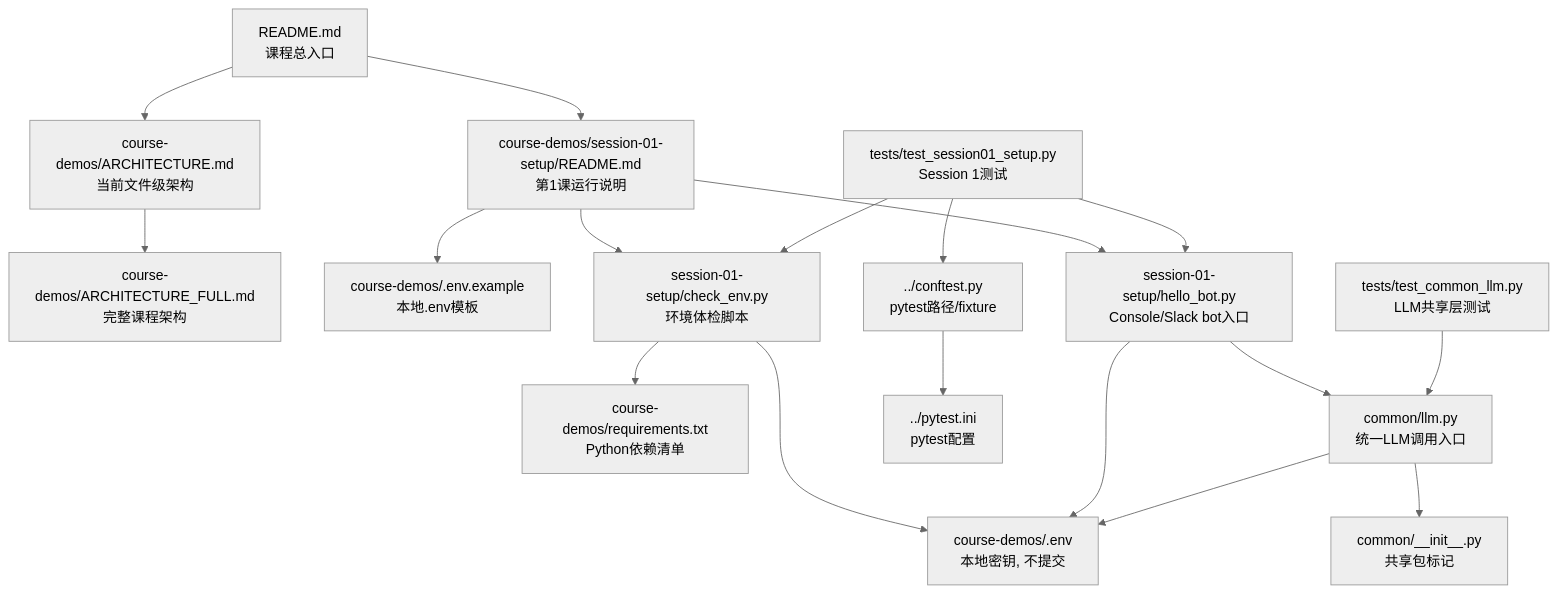
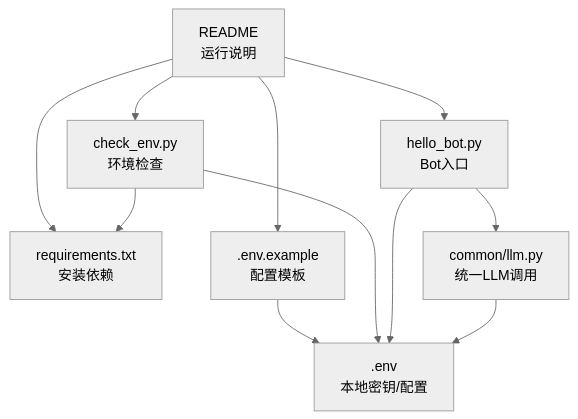
Before and after one commit to Zizhenyu/ai-practice: the first of 3 diagrams in course-demos/ARCHITECTURE.md, drawn with Mermaid (neutral theme). The commit also changed other lines of this file, not shown here.

Commit message:
Simplify session architecture diagram

````diff
--- a/course-demos/ARCHITECTURE.md
+++ b/course-demos/ARCHITECTURE.md
@@ -43,40 +23,16 @@
 ```mermaid
 flowchart TD
-    root_readme["README.md<br/>课程总入口"]
-    session_readme["course-demos/session-01-setup/README.md<br/>第1课运行说明"]
-    arch["course-demos/ARCHITECTURE.md<br/>当前文件级架构"]
-    full_arch["course-demos/ARCHITECTURE_FULL.md<br/>完整课程架构"]
-    req["course-demos/requirements.txt<br/>Python依赖清单"]
-    env_example["course-demos/.env.example<br/>本地.env模板"]
-    env["course-demos/.env<br/>本地密钥, 不提交"]
+    readme["README<br/>运行说明"] --> req["requirements.txt<br/>安装依赖"]
+    readme --> env_example[".env.example<br/>配置模板"]
+    env_example --> env[".env<br/>本地密钥/配置"]
 
-    check_env["session-01-setup/check_env.py<br/>环境体检脚本"]
-    hello_bot["session-01-setup/hello_bot.py<br/>Console/Slack bot入口"]
-    llm["common/llm.py<br/>统一LLM调用入口"]
-    common_init["common/__init__.py<br/>共享包标记"]
+    readme --> check["check_env.py<br/>环境检查"]
+    readme --> bot["hello_bot.py<br/>Bot入口"]
 
-    tests_session["tests/test_session01_setup.py<br/>Session 1测试"]
-    tests_llm["tests/test_common_llm.py<br/>LLM共享层测试"]
-    conftest["../conftest.py<br/>pytest路径/fixture"]
-    pytest_ini["../pytest.ini<br/>pytest配置"]
+    check --> req
+    check --> env
 
-    root_readme --> session_readme
-    root_readme --> arch
-    arch --> full_arch
-    session_readme --> check_env
-    session_readme --> hello_bot
-    session_readme --> env_example
-
-    check_env --> req
-    check_env --> env
-    hello_bot --> llm
-    hello_bot --> env
+    bot --> env
+    bot --> llm["common/llm.py<br/>统一LLM调用"]
     llm --> env
-    llm --> common_init
-
-    tests_session --> conftest
-    tests_session --> check_env
-    tests_session --> hello_bot
-    tests_llm --> llm
-    conftest --> pytest_ini
 ```
````
